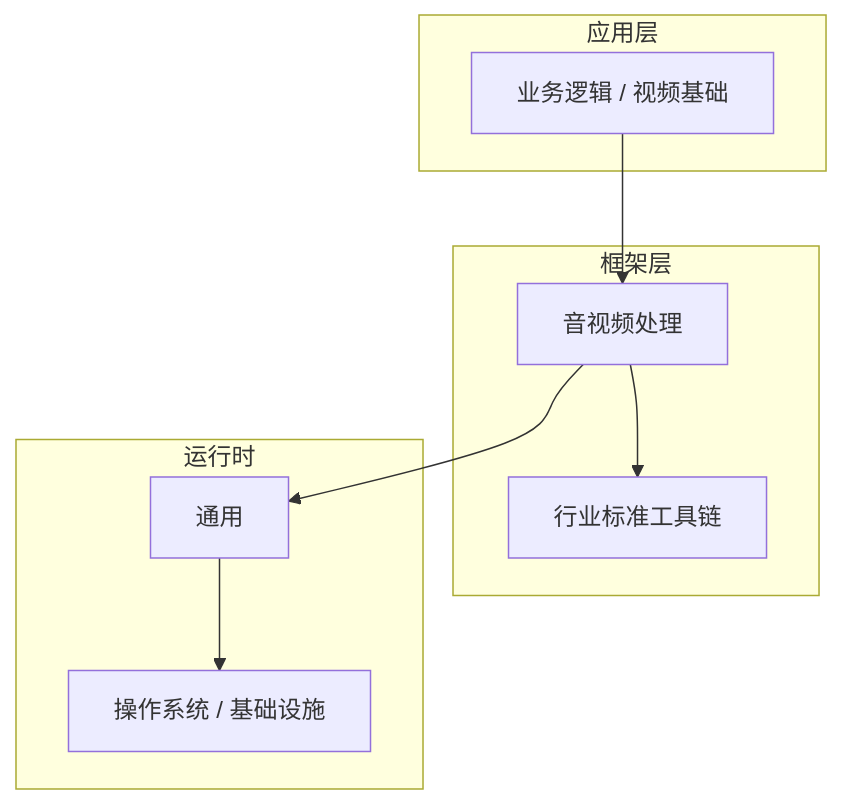
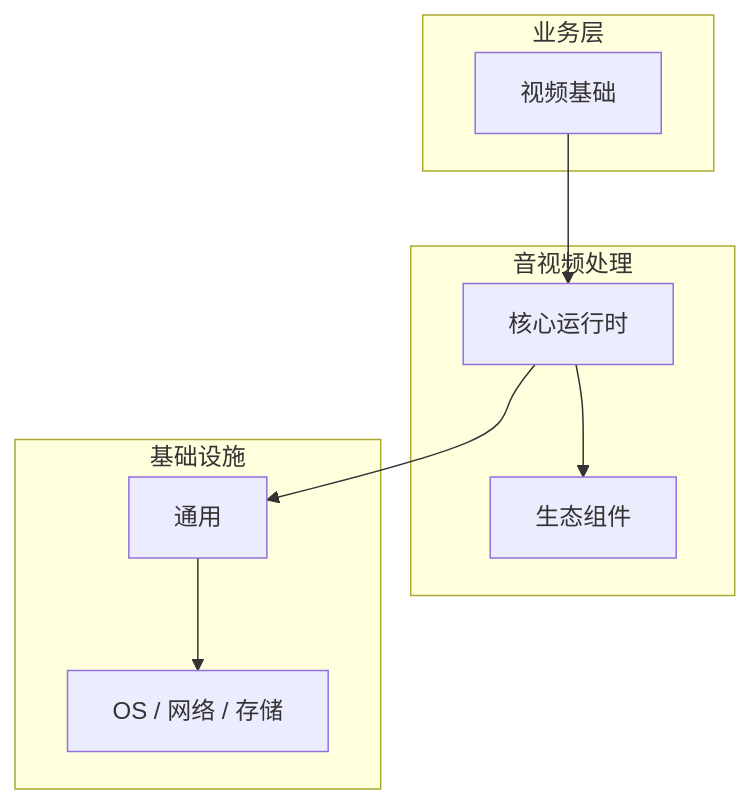
Before and after one commit to yanggan2015/knowledge-json-v2: the diagram in articles/音视频处理/chapters/011-视频基础核心概念与原理.md, drawn with Mermaid. The commit also changed other lines of this file and 10127 other files, not shown here.

````diff
--- a/articles/音视频处理/chapters/011-视频基础核心概念与原理.md
+++ b/articles/音视频处理/chapters/011-视频基础核心概念与原理.md
@@ -45,18 +30,18 @@
 ```mermaid
 graph TB
-    subgraph 应用层
-        A[业务逻辑 / 视频基础]
+    subgraph 业务层
+        A[视频基础]
     end
-    subgraph 框架层
-        B[音视频处理]
-        C[行业标准工具链]
+    subgraph 音视频处理
+        B[核心运行时]
+        C[生态组件]
     end
-    subgraph 运行时
+    subgraph 基础设施
         D[通用]
-        E[操作系统 / 基础设施]
+        E[OS / 网络 / 存储]
     end
     A --> B
     B --> C
     B --> D
     D --> E
 ```
````
